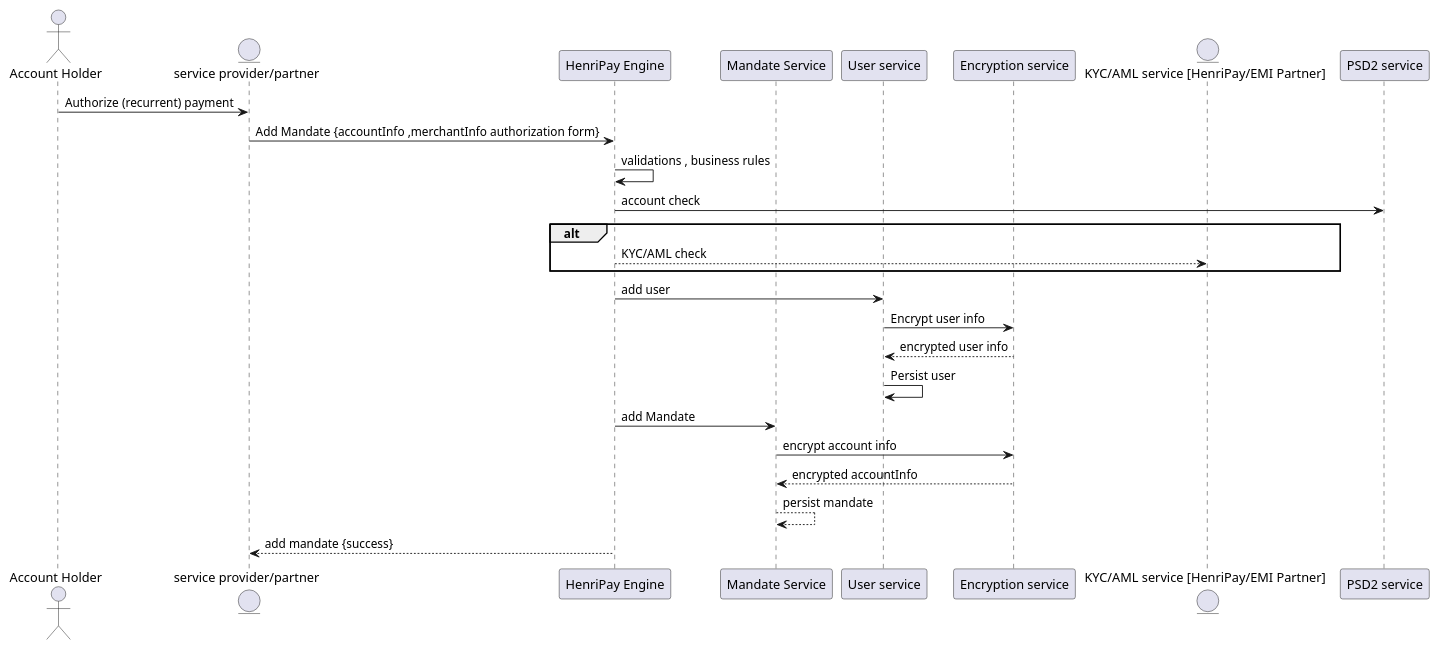
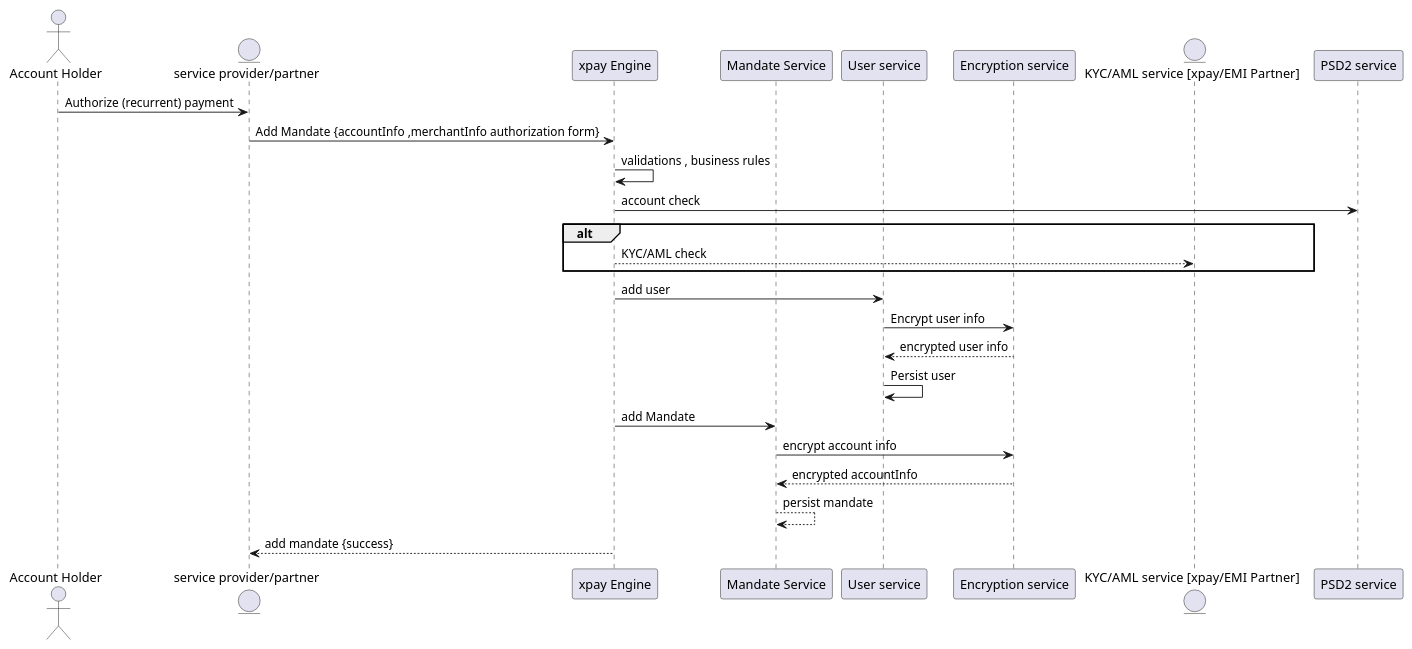
The diagram in sepaddservice/src/main/resources/sequences/main-use-cases/addmandate.puml (saidkhalfaoui/xpay), drawn with PlantUML before and after one commit. The commit also changed 554 other files, not shown here.

```diff
--- a/sepaddservice/src/main/resources/sequences/main-use-cases/addmandate.puml
+++ b/sepaddservice/src/main/resources/sequences/main-use-cases/addmandate.puml
@@ -1,28 +1,28 @@
 @startuml
 'https://plantuml.com/sequence-diagram
 
 actor "Account Holder" as holder
 entity "service provider/partner" as mobyyou
-participant "HenriPay Engine" as HenriPay
+participant "xpay Engine" as xpay
 participant "Mandate Service" as mandateService
 participant "User service" as userservice
 participant "Encryption service" as encryptionService
-entity "KYC/AML service [HenriPay/EMI Partner]"  as idCheck
+entity "KYC/AML service [xpay/EMI Partner]"  as idCheck
 holder -> mobyyou : Authorize (recurrent) payment
-mobyyou -> HenriPay : Add Mandate {accountInfo ,merchantInfo authorization form}
-HenriPay -> HenriPay : validations , business rules
-HenriPay -> "PSD2 service" : account check
+mobyyou -> xpay : Add Mandate {accountInfo ,merchantInfo authorization form}
+xpay -> xpay : validations , business rules
+xpay -> "PSD2 service" : account check
 alt
-HenriPay --> idCheck : KYC/AML check
+xpay --> idCheck : KYC/AML check
 end
-HenriPay -> userservice: add user
+xpay -> userservice: add user
 userservice -> encryptionService: Encrypt user info
 encryptionService--> userservice: encrypted user info
 userservice -> userservice : Persist user
-HenriPay -> mandateService: add Mandate
+xpay -> mandateService: add Mandate
 mandateService -> encryptionService : encrypt account info
 encryptionService --> mandateService: encrypted accountInfo
 mandateService-->mandateService: persist mandate
-HenriPay -->mobyyou: add mandate {success}
+xpay -->mobyyou: add mandate {success}
 
 @enduml
```
